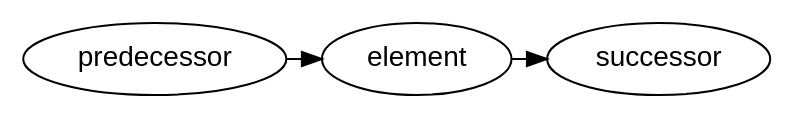
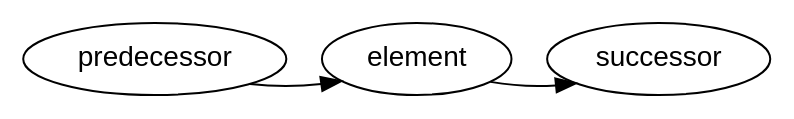
The diagram in slides/graphs/list-diagram-2.dot (aaronbloomfield/pdr), drawn with Graphviz before and after one commit. The commit also changed 52 other files, not shown here.

Commit message:
Upgraded to GraphViz 2.36, which caused the slides/graphs/*.svg images to change slighly

```diff
--- a/slides/graphs/list-diagram-2.dot
+++ b/slides/graphs/list-diagram-2.dot
@@ -1,11 +1,11 @@
 digraph G {
 	graph [fontname = "Helvetica"];
 	node [fontname = "Helvetica"];
 	edge [fontname = "Helvetica"];
-	predecessor;
-	element;
-	successor;
-	predecessor -> element:w;
-	element -> successor:w;
+
+	// specifying :w ports for the destination of these two arrows
+	// will crash graphviz version 2.36
+	predecessor -> element;
+	element -> successor;
 	{rank=same predecessor -> element -> successor [style=invis]};
 }
```
